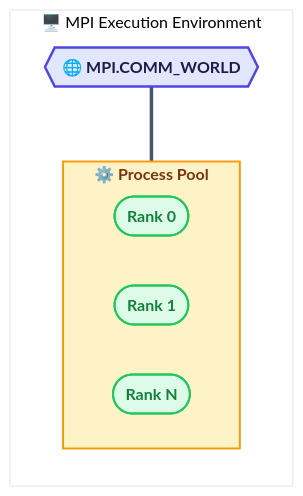
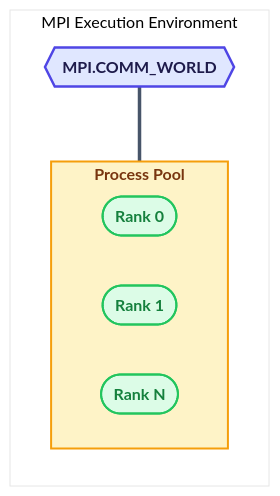
The first of 8 diagrams in 23FA-025-SE/Chapter04/README.md (RameenAnwar/PDC-SP26-SE), drawn with Mermaid before and after one commit. The commit also changed 5 other files, not shown here.

````diff
--- a/23FA-025-SE/Chapter04/README.md
+++ b/23FA-025-SE/Chapter04/README.md
@@ -27,24 +27,24 @@
 ```mermaid
 %%{init: {'theme': 'base', 'themeVariables': { 'lineColor': '#475569', 'primaryColor': '#f8fafc', 'primaryTextColor': '#0f172a', 'primaryBorderColor': '#cbd5e1' }}}%%
 flowchart TD
     %% Premium MPI Structure Visualization
     classDef comm fill:#e0e7ff,stroke:#4f46e5,stroke-width:2.5px,color:#1e1b4b,font-weight:bold
     classDef rank fill:#dcfce7,stroke:#22c55e,stroke-width:2px,color:#15803d,font-weight:bold
     classDef pool fill:#fef3c7,stroke:#f59e0b,stroke-width:2px,color:#78350f,font-weight:bold
     
-    subgraph MPI_ENV ["🖥️ MPI Execution Environment"]
+    subgraph MPI_ENV [" MPI Execution Environment"]
         direction TB
-        CW{{"🌐 MPI.COMM_WORLD"}}
+        CW{{" MPI.COMM_WORLD"}}
         
-        subgraph PROCESS_POOL ["⚙️ Process Pool"]
+        subgraph PROCESS_POOL [" Process Pool"]
             direction LR
             P0(["Rank 0"])
             P1(["Rank 1"])
             PN(["Rank N"])
         end
         CW === PROCESS_POOL
     end
     class CW comm
     class P0,P1,PN rank
     class PROCESS_POOL pool
 ```
````
